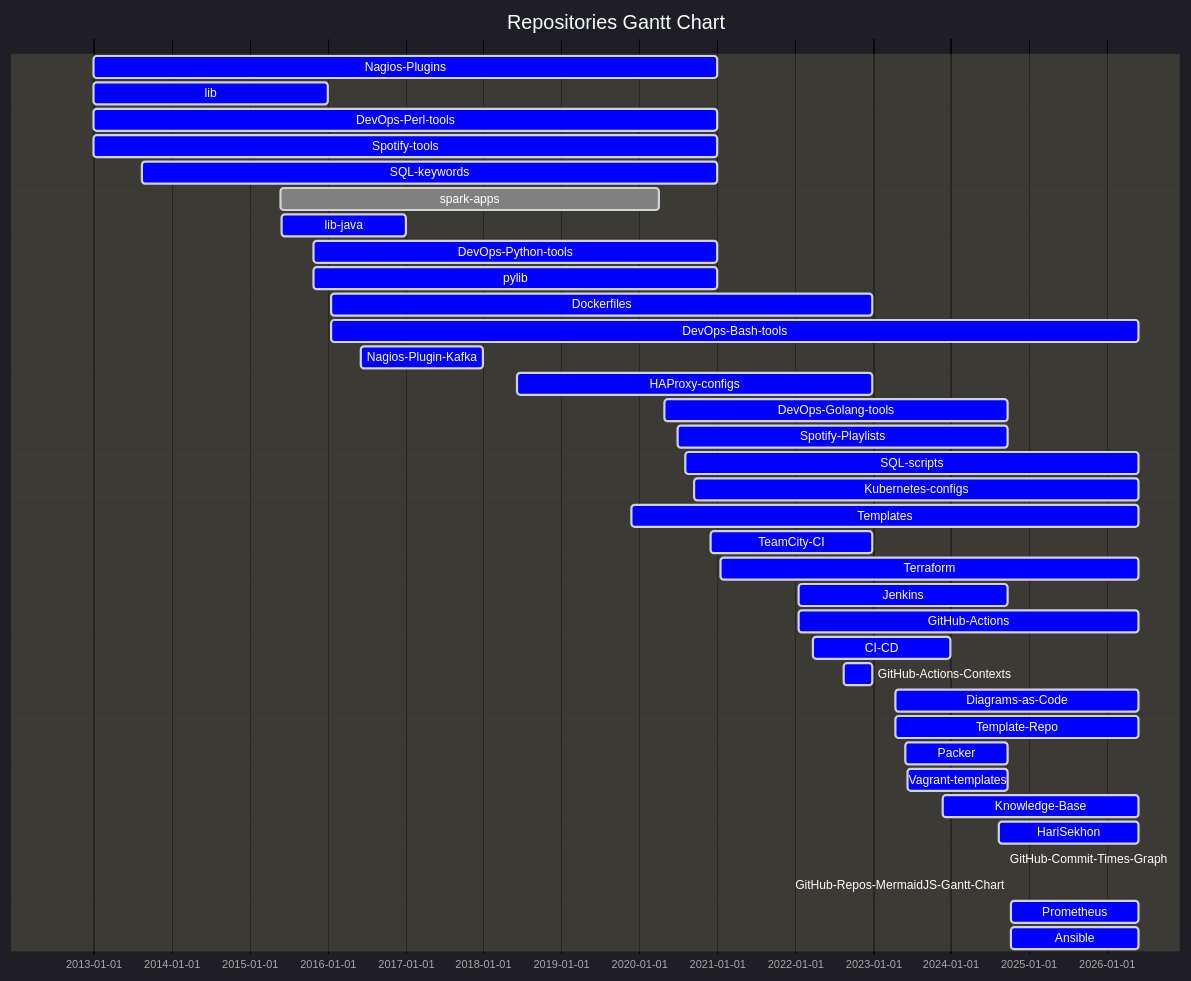
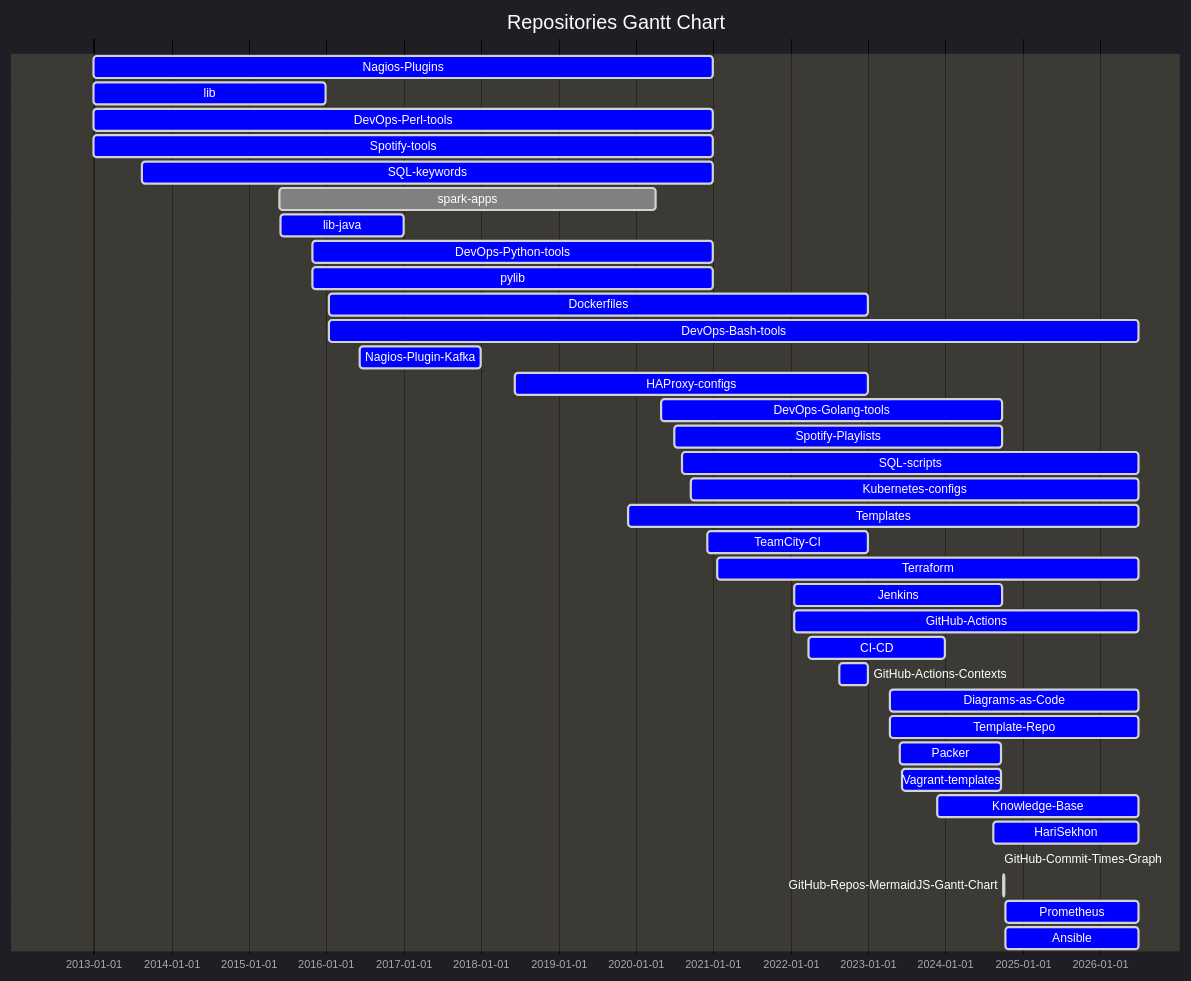
One commit to HariSekhon/HariSekhon changed the first of 2 diagrams in README.md. Above: the diagram before and after it, drawn with Mermaid. The commit also changed other lines of this file, not shown here.

````diff
--- a/README.md
+++ b/README.md
@@ -1286,58 +1286,58 @@
 ```mermaid
 %%{ init: {
         "topAxis": true,
         "logLevel": "debug",
         'theme': 'dark',
         'themeVariables': {
           'activeTaskBkgColor': '#0000ff',
           'activeTaskBorderColor': 'lightgrey',
           'critBorderColor': 'lightgrey',
           'doneTaskBkgColor': 'grey',
           'doneTaskBorderColor': 'lightgrey',
           'taskBkgColor': 'black',
           'taskBorderColor': 'black',
           'taskTextColor': 'white',
           'taskTextDarkColor': 'white',
           'taskTextLightColor': 'black',
           'todayLineColor': 'red'
         }
     }
 }%%
 gantt
     dateFormat  YYYY-MM-DD
     title Repositories Gantt Chart
     Nagios-Plugins : active, 2012-12-30, 2020-12-31
     lib : active, 2012-12-30, 2015-12-31
     DevOps-Perl-tools : active, 2012-12-30, 2020-12-31
     Spotify-tools : active, 2012-12-30, 2020-12-31
     SQL-keywords : active, 2013-08-13, 2020-12-31
     spark-apps : done, 2015-05-25, 2020-04-02
     lib-java : active, 2015-05-31, 2016-12-31
     DevOps-Python-tools : active, 2015-10-27, 2020-12-31
     pylib : active, 2015-10-27, 2020-12-31
     Dockerfiles : active, 2016-01-17, 2022-12-31
-    DevOps-Bash-tools : active, 2016-01-17, 2026-05-30
+    DevOps-Bash-tools : active, 2016-01-17, 2026-06-30
     Nagios-Plugin-Kafka : active, 2016-06-07, 2017-12-31
     HAProxy-configs : active, 2018-06-08, 2022-12-31
     DevOps-Golang-tools : active, 2020-04-30, 2024-09-22
     Spotify-Playlists : active, 2020-06-29, 2024-09-22
-    SQL-scripts : active, 2020-08-05, 2026-05-30
-    Kubernetes-configs : active, 2020-09-16, 2026-05-30
-    Templates : active, 2019-11-25, 2026-05-30
+    SQL-scripts : active, 2020-08-05, 2026-06-30
+    Kubernetes-configs : active, 2020-09-16, 2026-06-30
+    Templates : active, 2019-11-25, 2026-06-30
     TeamCity-CI : active, 2020-12-03, 2022-12-31
-    Terraform : active, 2021-01-18, 2026-05-30
+    Terraform : active, 2021-01-18, 2026-06-30
     Jenkins : active, 2022-01-17, 2024-09-23
-    GitHub-Actions : active, 2022-01-17, 2026-05-30
+    GitHub-Actions : active, 2022-01-17, 2026-06-30
     CI-CD : active, 2022-03-25, 2023-12-31
     GitHub-Actions-Contexts : active, 2022-08-17, 2022-12-31
-    Diagrams-as-Code : active, 2023-04-14, 2026-05-30
-    Template-Repo : active, 2023-04-15, 2026-05-30
+    Diagrams-as-Code : active, 2023-04-14, 2026-06-30
+    Template-Repo : active, 2023-04-15, 2026-06-30
     Packer : active, 2023-06-02, 2024-09-21
     Vagrant-templates : active, 2023-06-12, 2024-09-21
-    Knowledge-Base : active, 2023-11-22, 2026-05-30
-    HariSekhon : active, 2024-08-14, 2026-05-30
+    Knowledge-Base : active, 2023-11-22, 2026-06-30
+    HariSekhon : active, 2024-08-14, 2026-06-30
     GitHub-Commit-Times-Graph : active, 2024-09-07, 2024-09-08
     GitHub-Repos-MermaidJS-Gantt-Chart : active, 2024-10-02, 2024-10-03
-    Prometheus : active, 2024-10-08, 2026-05-30
-    Ansible : active, 2024-10-08, 2026-05-30
+    Prometheus : active, 2024-10-08, 2026-06-30
+    Ansible : active, 2024-10-08, 2026-06-30
 ```
````
